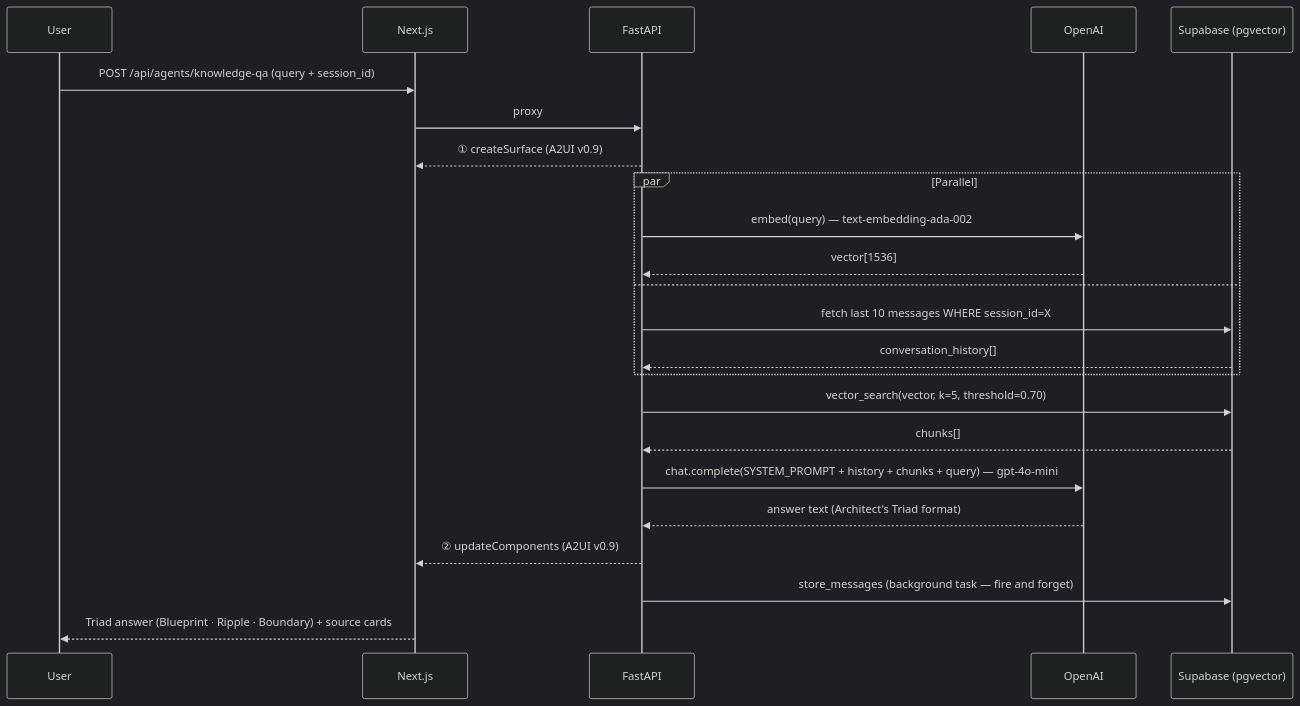
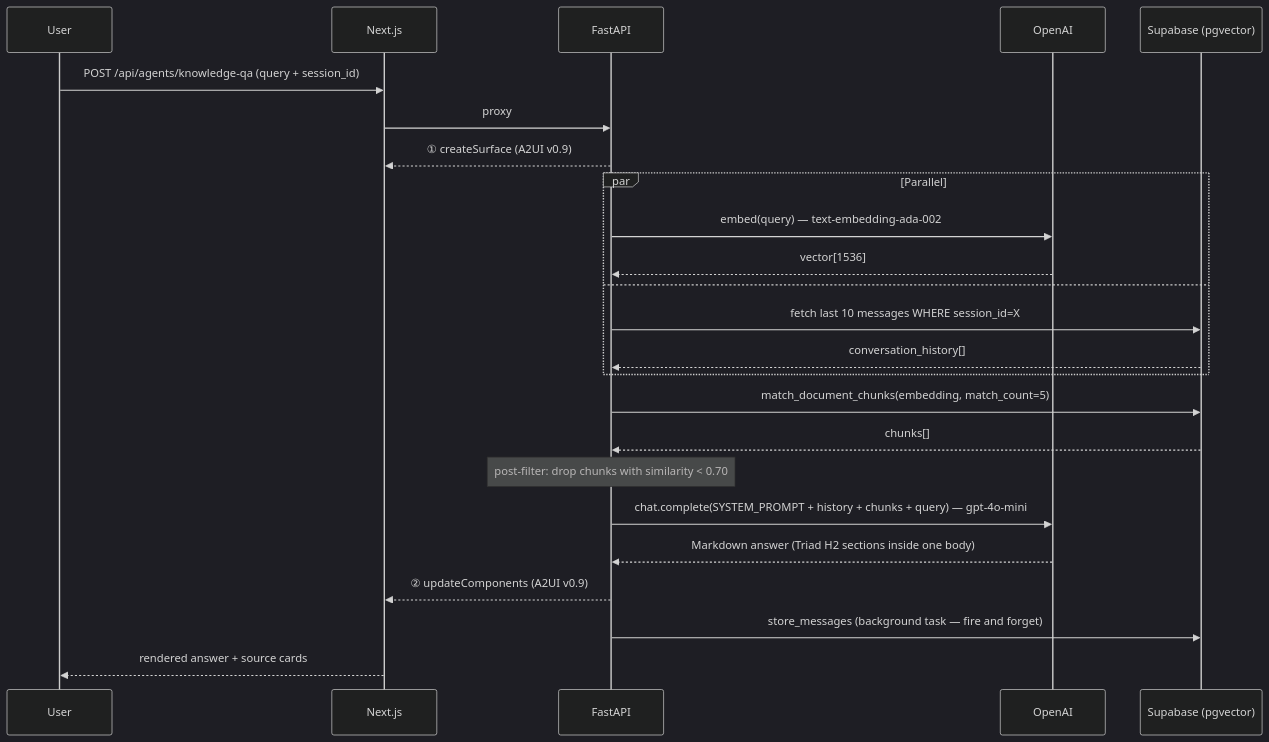
Before and after one commit to dashbh/synapse: the first of 2 diagrams in docs/Architecture.md, drawn with Mermaid (dark theme). The commit also changed other lines of this file and 9 other files, not shown here.

````diff
--- a/docs/Architecture.md
+++ b/docs/Architecture.md
@@ -89,26 +65,27 @@
 ```mermaid
 sequenceDiagram
     participant User
     participant FE as Next.js
     participant BE as FastAPI
     participant OAI as OpenAI
     participant DB as Supabase (pgvector)
 
     User->>FE: POST /api/agents/knowledge-qa (query + session_id)
     FE->>BE: proxy
     BE-->>FE: ① createSurface (A2UI v0.9)
     par Parallel
         BE->>OAI: embed(query) — text-embedding-ada-002
         OAI-->>BE: vector[1536]
     and
         BE->>DB: fetch last 10 messages WHERE session_id=X
         DB-->>BE: conversation_history[]
     end
-    BE->>DB: vector_search(vector, k=5, threshold=0.70)
+    BE->>DB: match_document_chunks(embedding, match_count=5)
     DB-->>BE: chunks[]
+    Note over BE: post-filter: drop chunks with similarity < 0.70
     BE->>OAI: chat.complete(SYSTEM_PROMPT + history + chunks + query) — gpt-4o-mini
-    OAI-->>BE: answer text (Architect's Triad format)
+    OAI-->>BE: Markdown answer (Triad H2 sections inside one body)
     BE-->>FE: ② updateComponents (A2UI v0.9)
     BE->>DB: store_messages (background task — fire and forget)
-    FE-->>User: Triad answer (Blueprint · Ripple · Boundary) + source cards
+    FE-->>User: rendered answer + source cards
 ```
````
